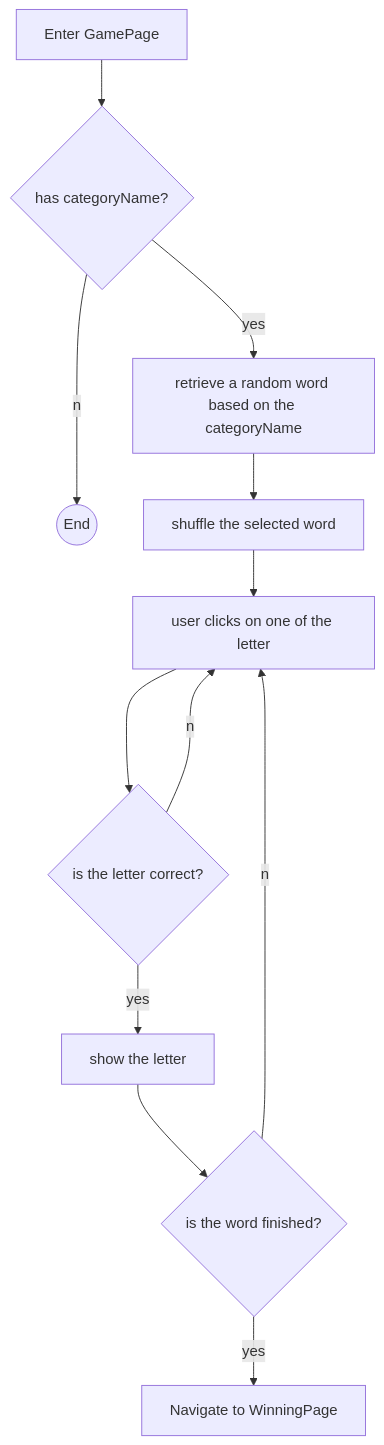
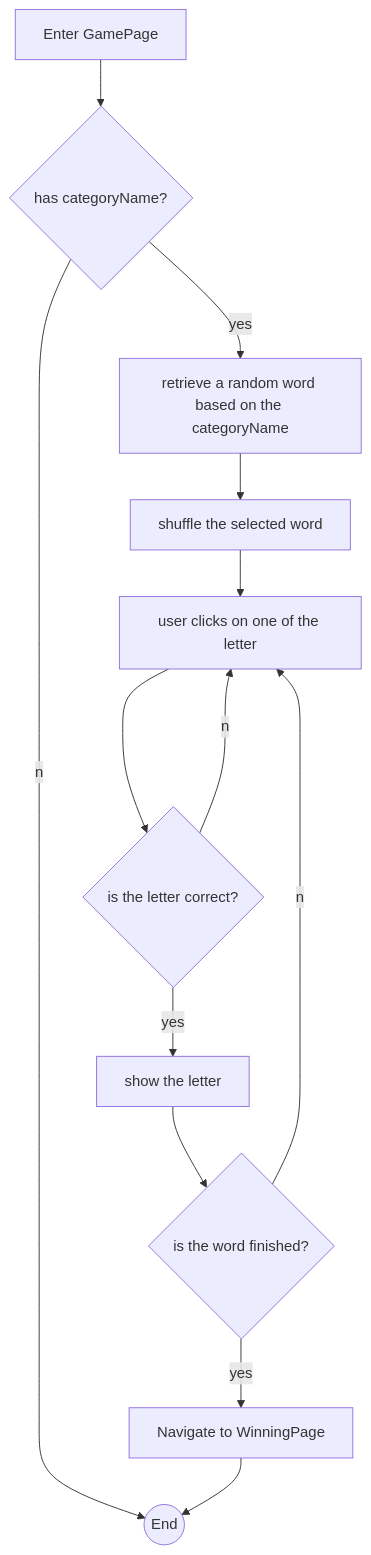
Before and after one commit to fxricky/WhatWordAh: the second of 2 diagrams in docs/how_the_game_works.md, drawn with Mermaid. The commit also changed other lines of this file, not shown here.

````diff
--- a/docs/how_the_game_works.md
+++ b/docs/how_the_game_works.md
@@ -12,14 +12,15 @@
 ```mermaid
   flowchart TD
     a[Enter GamePage] --> b{has categoryName?}
     b --no--> e((End))
     b --yes--> d[retrieve a random word based on the categoryName]
     d --> f[shuffle the selected word]
     f --> g[user clicks on one of the letter]
     g --> h{is the letter correct?}
     h --no--> g
     h --yes--> j[show the letter]
     j --> k{is the word finished?}
     k --no--> g
     k --yes--> l[Navigate to WinningPage]
+    l --> e
 ```
````
